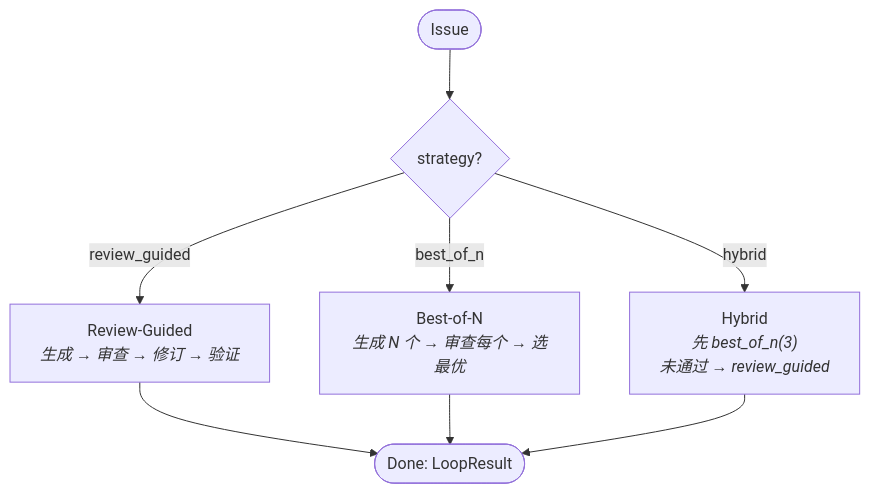
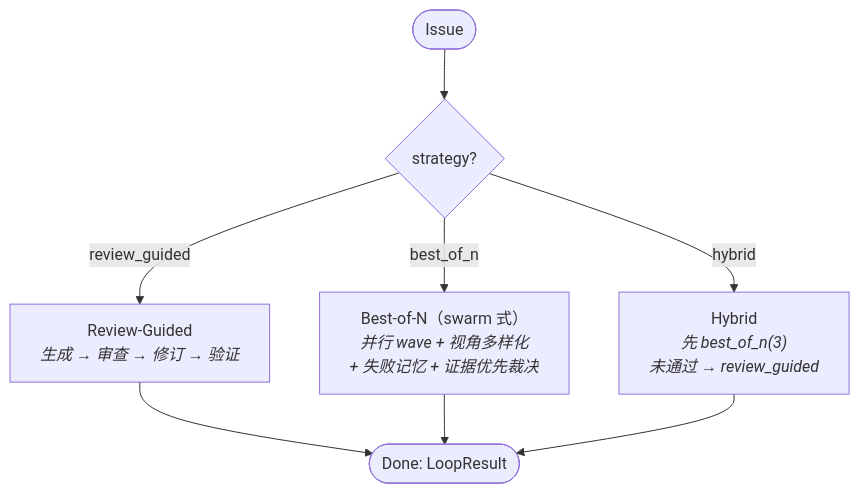
One commit to KevinZhangNothing/swe-review-plugin changed the third of 14 diagrams in README.md. Above: the diagram before and after it, drawn with Mermaid. The commit also changed other lines of this file and 7 other files, not shown here.

````diff
--- a/README.md
+++ b/README.md
@@ -110,12 +110,12 @@
 ```mermaid
 flowchart TB
     START([Issue]) --> CHOOSE{strategy?}
 
     CHOOSE -->|review_guided| RG["Review‑Guided<br/><i>生成 → 审查 → 修订 → 验证</i>"]
-    CHOOSE -->|best_of_n| BON["Best‑of‑N<br/><i>生成 N 个 → 审查每个 → 选最优</i>"]
+    CHOOSE -->|best_of_n| BON["Best‑of‑N（swarm 式）<br/><i>并行 wave + 视角多样化<br/>+ 失败记忆 + 证据优先裁决</i>"]
     CHOOSE -->|hybrid| HY["Hybrid<br/><i>先 best_of_n(3)<br/>未通过 → review_guided</i>"]
 
     RG --> DONE([Done: LoopResult])
     BON --> DONE
     HY --> DONE
 ```
````
